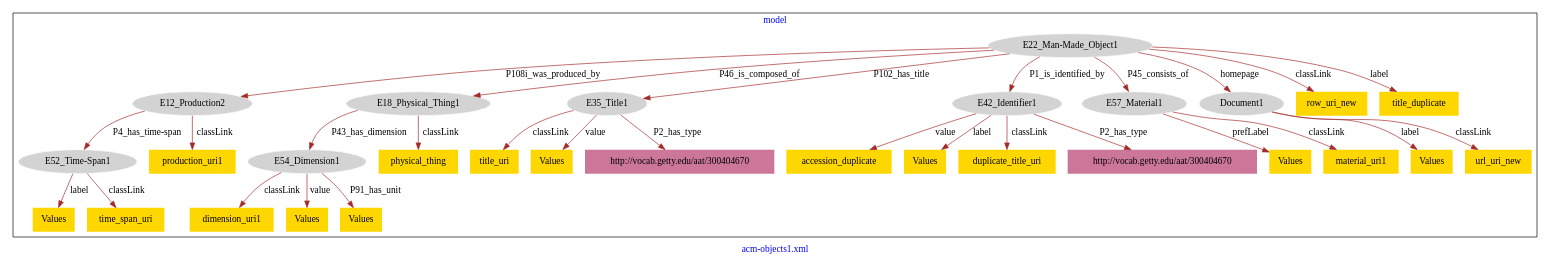
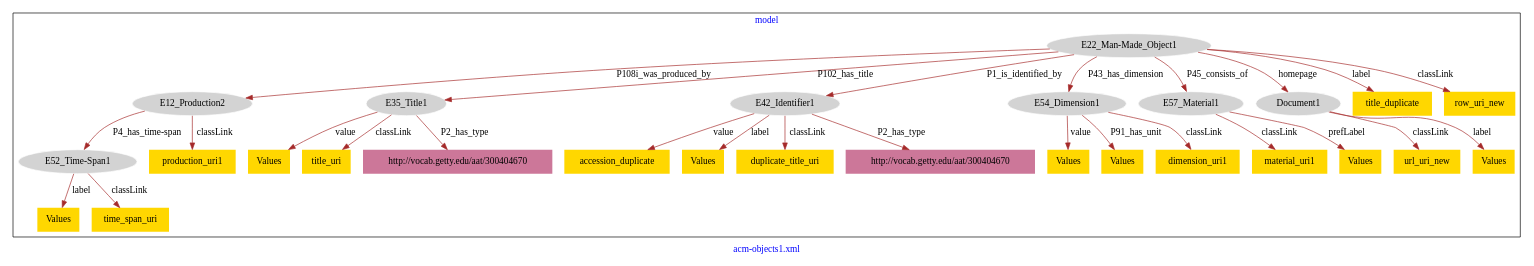
Before and after one commit to american-art/acm: the diagram in acm-objects/acm-objects-model.dot, drawn with Graphviz.

Commit message:
Update file acm-objects-model.dot

```diff
--- a/acm-objects/acm-objects-model.dot
+++ b/acm-objects/acm-objects-model.dot
@@ -1,65 +1,61 @@
 digraph n0 {
 fontcolor="blue"
 remincross="true"
 label="acm-objects1.xml"
 subgraph cluster {
 label="model"
 n2[style="filled",color="white",fillcolor="lightgray",label="E12_Production2"];
 n3[style="filled",color="white",fillcolor="lightgray",label="E52_Time-Span1"];
-n4[style="filled",color="white",fillcolor="lightgray",label="E18_Physical_Thing1"];
-n5[style="filled",color="white",fillcolor="lightgray",label="E54_Dimension1"];
-n6[style="filled",color="white",fillcolor="lightgray",label="E22_Man-Made_Object1"];
-n7[style="filled",color="white",fillcolor="lightgray",label="E35_Title1"];
-n8[style="filled",color="white",fillcolor="lightgray",label="E42_Identifier1"];
-n9[style="filled",color="white",fillcolor="lightgray",label="E57_Material1"];
-n10[style="filled",color="white",fillcolor="lightgray",label="Document1"];
-n11[shape="plaintext",style="filled",fillcolor="gold",label="accession_duplicate"];
-n12[shape="plaintext",style="filled",fillcolor="gold",label="dimension_uri1"];
-n13[shape="plaintext",style="filled",fillcolor="gold",label="physical_thing"];
-n14[shape="plaintext",style="filled",fillcolor="gold",label="Values"];
-n15[shape="plaintext",style="filled",fillcolor="gold",label="row_uri_new"];
+n4[style="filled",color="white",fillcolor="lightgray",label="E22_Man-Made_Object1"];
+n5[style="filled",color="white",fillcolor="lightgray",label="E35_Title1"];
+n6[style="filled",color="white",fillcolor="lightgray",label="E42_Identifier1"];
+n7[style="filled",color="white",fillcolor="lightgray",label="E54_Dimension1"];
+n8[style="filled",color="white",fillcolor="lightgray",label="E57_Material1"];
+n9[style="filled",color="white",fillcolor="lightgray",label="Document1"];
+n10[shape="plaintext",style="filled",fillcolor="gold",label="title_duplicate"];
+n11[shape="plaintext",style="filled",fillcolor="gold",label="Values"];
+n12[shape="plaintext",style="filled",fillcolor="gold",label="Values"];
+n13[shape="plaintext",style="filled",fillcolor="gold",label="Values"];
+n14[shape="plaintext",style="filled",fillcolor="gold",label="accession_duplicate"];
+n15[shape="plaintext",style="filled",fillcolor="gold",label="url_uri_new"];
 n16[shape="plaintext",style="filled",fillcolor="gold",label="Values"];
-n17[shape="plaintext",style="filled",fillcolor="gold",label="title_uri"];
-n18[shape="plaintext",style="filled",fillcolor="gold",label="Values"];
-n19[shape="plaintext",style="filled",fillcolor="gold",label="Values"];
-n20[shape="plaintext",style="filled",fillcolor="gold",label="Values"];
-n21[shape="plaintext",style="filled",fillcolor="gold",label="Values"];
-n22[shape="plaintext",style="filled",fillcolor="gold",label="url_uri_new"];
-n23[shape="plaintext",style="filled",fillcolor="gold",label="Values"];
-n24[shape="plaintext",style="filled",fillcolor="gold",label="title_duplicate"];
-n25[shape="plaintext",style="filled",fillcolor="gold",label="production_uri1"];
-n26[shape="plaintext",style="filled",fillcolor="gold",label="time_span_uri"];
-n27[shape="plaintext",style="filled",fillcolor="gold",label="duplicate_title_uri"];
-n28[shape="plaintext",style="filled",fillcolor="gold",label="material_uri1"];
-n29[shape="plaintext",style="filled",fillcolor="#CC7799",label="http://vocab.getty.edu/aat/300404670"];
-n30[shape="plaintext",style="filled",fillcolor="#CC7799",label="http://vocab.getty.edu/aat/300404670"];
+n17[shape="plaintext",style="filled",fillcolor="gold",label="Values"];
+n18[shape="plaintext",style="filled",fillcolor="gold",label="duplicate_title_uri"];
+n19[shape="plaintext",style="filled",fillcolor="gold",label="time_span_uri"];
+n20[shape="plaintext",style="filled",fillcolor="gold",label="material_uri1"];
+n21[shape="plaintext",style="filled",fillcolor="gold",label="row_uri_new"];
+n22[shape="plaintext",style="filled",fillcolor="gold",label="title_uri"];
+n23[shape="plaintext",style="filled",fillcolor="gold",label="production_uri1"];
+n24[shape="plaintext",style="filled",fillcolor="gold",label="Values"];
+n25[shape="plaintext",style="filled",fillcolor="gold",label="Values"];
+n26[shape="plaintext",style="filled",fillcolor="gold",label="dimension_uri1"];
+n27[shape="plaintext",style="filled",fillcolor="#CC7799",label="http://vocab.getty.edu/aat/300404670"];
+n28[shape="plaintext",style="filled",fillcolor="#CC7799",label="http://vocab.getty.edu/aat/300404670"];
 }
 n2 -> n3[color="brown",fontcolor="black",label="P4_has_time-span"]
-n4 -> n5[color="brown",fontcolor="black",label="P43_has_dimension"]
-n6 -> n2[color="brown",fontcolor="black",label="P108i_was_produced_by"]
-n6 -> n4[color="brown",fontcolor="black",label="P46_is_composed_of"]
-n6 -> n7[color="brown",fontcolor="black",label="P102_has_title"]
-n6 -> n8[color="brown",fontcolor="black",label="P1_is_identified_by"]
-n6 -> n9[color="brown",fontcolor="black",label="P45_consists_of"]
-n6 -> n10[color="brown",fontcolor="black",label="homepage"]
-n8 -> n11[color="brown",fontcolor="black",label="value"]
-n5 -> n12[color="brown",fontcolor="black",label="classLink"]
-n4 -> n13[color="brown",fontcolor="black",label="classLink"]
-n5 -> n14[color="brown",fontcolor="black",label="value"]
-n6 -> n15[color="brown",fontcolor="black",label="classLink"]
-n10 -> n16[color="brown",fontcolor="black",label="label"]
-n7 -> n17[color="brown",fontcolor="black",label="classLink"]
-n7 -> n18[color="brown",fontcolor="black",label="value"]
-n3 -> n19[color="brown",fontcolor="black",label="label"]
-n8 -> n20[color="brown",fontcolor="black",label="label"]
-n9 -> n21[color="brown",fontcolor="black",label="prefLabel"]
-n10 -> n22[color="brown",fontcolor="black",label="classLink"]
-n5 -> n23[color="brown",fontcolor="black",label="P91_has_unit"]
-n6 -> n24[color="brown",fontcolor="black",label="label"]
-n2 -> n25[color="brown",fontcolor="black",label="classLink"]
-n3 -> n26[color="brown",fontcolor="black",label="classLink"]
-n8 -> n27[color="brown",fontcolor="black",label="classLink"]
-n9 -> n28[color="brown",fontcolor="black",label="classLink"]
-n7 -> n29[color="brown",fontcolor="black",label="P2_has_type"]
-n8 -> n30[color="brown",fontcolor="black",label="P2_has_type"]
+n4 -> n2[color="brown",fontcolor="black",label="P108i_was_produced_by"]
+n4 -> n5[color="brown",fontcolor="black",label="P102_has_title"]
+n4 -> n6[color="brown",fontcolor="black",label="P1_is_identified_by"]
+n4 -> n7[color="brown",fontcolor="black",label="P43_has_dimension"]
+n4 -> n8[color="brown",fontcolor="black",label="P45_consists_of"]
+n4 -> n9[color="brown",fontcolor="black",label="homepage"]
+n4 -> n10[color="brown",fontcolor="black",label="label"]
+n5 -> n11[color="brown",fontcolor="black",label="value"]
+n3 -> n12[color="brown",fontcolor="black",label="label"]
+n7 -> n13[color="brown",fontcolor="black",label="value"]
+n6 -> n14[color="brown",fontcolor="black",label="value"]
+n9 -> n15[color="brown",fontcolor="black",label="classLink"]
+n9 -> n16[color="brown",fontcolor="black",label="label"]
+n6 -> n17[color="brown",fontcolor="black",label="label"]
+n6 -> n18[color="brown",fontcolor="black",label="classLink"]
+n3 -> n19[color="brown",fontcolor="black",label="classLink"]
+n8 -> n20[color="brown",fontcolor="black",label="classLink"]
+n4 -> n21[color="brown",fontcolor="black",label="classLink"]
+n5 -> n22[color="brown",fontcolor="black",label="classLink"]
+n2 -> n23[color="brown",fontcolor="black",label="classLink"]
+n8 -> n24[color="brown",fontcolor="black",label="prefLabel"]
+n7 -> n25[color="brown",fontcolor="black",label="P91_has_unit"]
+n7 -> n26[color="brown",fontcolor="black",label="classLink"]
+n5 -> n27[color="brown",fontcolor="black",label="P2_has_type"]
+n6 -> n28[color="brown",fontcolor="black",label="P2_has_type"]
 }
```
